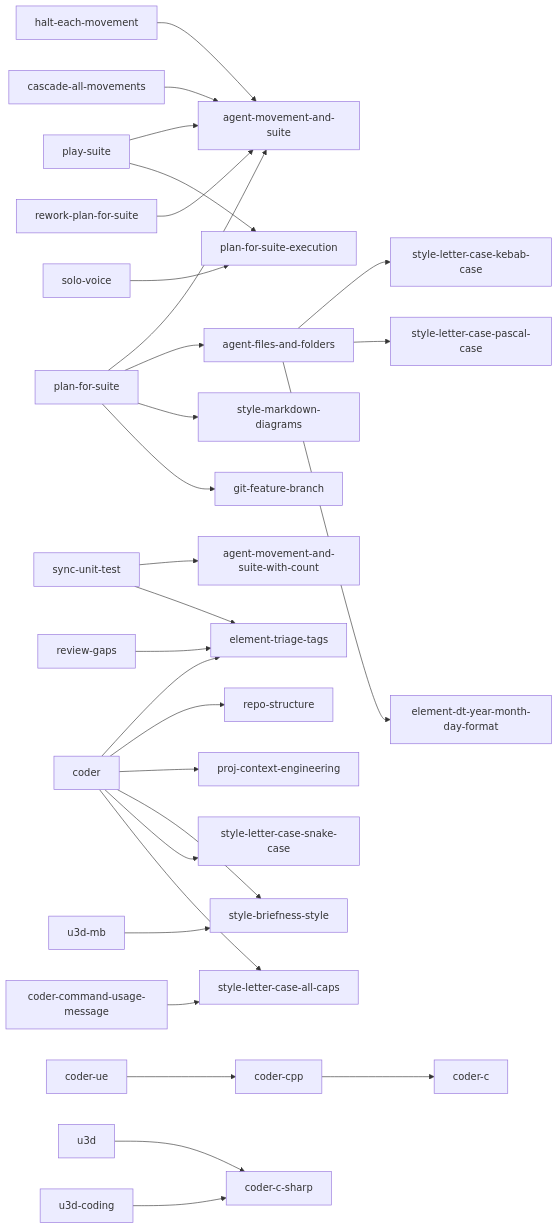
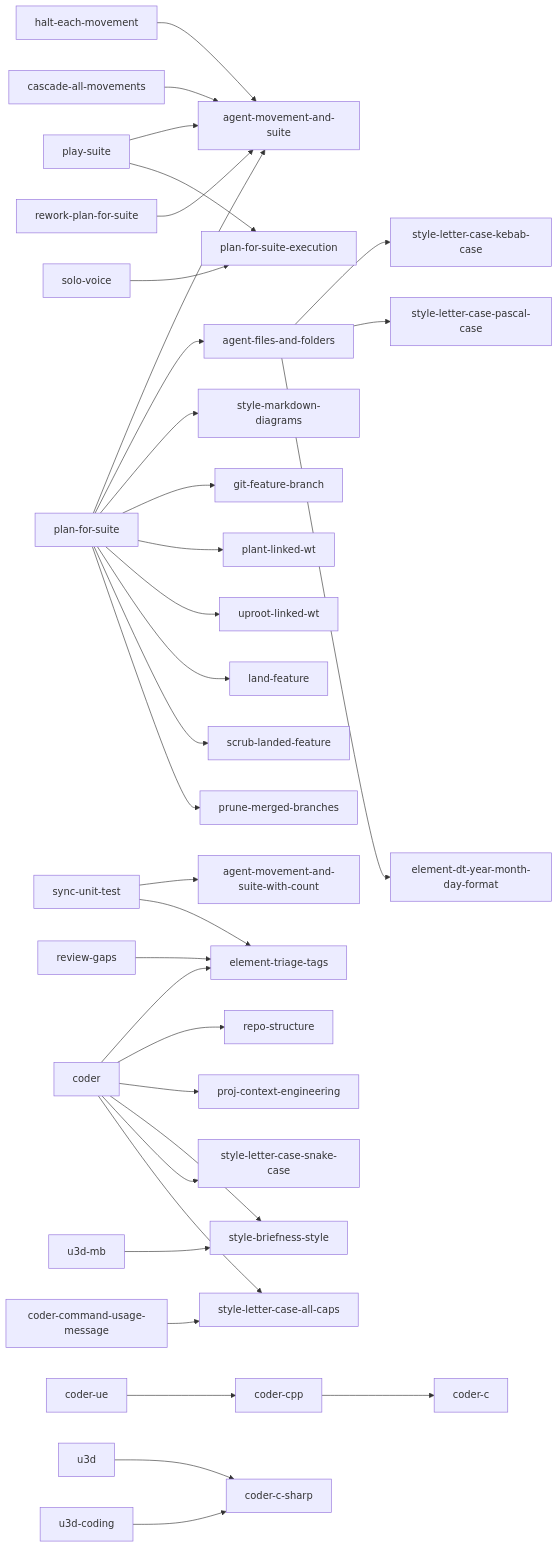
The first of 10 diagrams in docs/blueprint-doc.md (kami-lel/kaye-library), drawn with Mermaid before and after one commit. The commit also changed 3 other files, not shown here.

````diff
--- a/docs/blueprint-doc.md
+++ b/docs/blueprint-doc.md
@@ -11,31 +11,36 @@
 ```mermaid
 flowchart LR
     halt_each_movement["halt-each-movement"] --> agent_movement_and_suite["agent-movement-and-suite"]
     cascade_all_movements["cascade-all-movements"] --> agent_movement_and_suite
     plan_for_suite["plan-for-suite"] --> agent_movement_and_suite
     play_suite["play-suite"] --> agent_movement_and_suite
     play_suite --> plan_for_suite_execution["plan-for-suite-execution"]
     solo_voice["solo-voice"] --> plan_for_suite_execution
     rework_plan_for_suite["rework-plan-for-suite"] --> agent_movement_and_suite
     sync_unit_test["sync-unit-test"] --> agent_movement_and_suite_with_count["agent-movement-and-suite-with-count"]
     plan_for_suite --> agent_files_and_folders["agent-files-and-folders"]
     plan_for_suite --> style_markdown_diagrams["style-markdown-diagrams"]
     plan_for_suite --> git_feature_branch["git-feature-branch"]
+    plan_for_suite --> plant_linked_wt["plant-linked-wt"]
+    plan_for_suite --> uproot_linked_wt["uproot-linked-wt"]
+    plan_for_suite --> land_feature["land-feature"]
+    plan_for_suite --> scrub_landed_feature["scrub-landed-feature"]
+    plan_for_suite --> prune_merged_branches["prune-merged-branches"]
     agent_files_and_folders --> style_letter_case_kebab_case["style-letter-case-kebab-case"]
     agent_files_and_folders --> style_letter_case_pascal_case["style-letter-case-pascal-case"]
     agent_files_and_folders --> element_dt_year_month_day_format["element-dt-year-month-day-format"]
     sync_unit_test --> element_triage_tags["element-triage-tags"]
     review_gaps["review-gaps"] --> element_triage_tags
     coder --> element_triage_tags
     coder --> repo_structure["repo-structure"]
     coder --> proj_context_engineering["proj-context-engineering"]
     coder --> style_briefness_style["style-briefness-style"]
     coder --> style_letter_case_snake_case["style-letter-case-snake-case"]
     coder --> style_letter_case_all_caps["style-letter-case-all-caps"]
     coder_command_usage_message["coder-command-usage-message"] --> style_letter_case_all_caps
     coder_cpp["coder-cpp"] --> coder_c["coder-c"]
     coder_ue["coder-ue"] --> coder_cpp
     u3d --> coder_c_sharp["coder-c-sharp"]
     u3d_coding["u3d-coding"] --> coder_c_sharp
     u3d_mb["u3d-mb"] --> style_briefness_style
 ```
````
